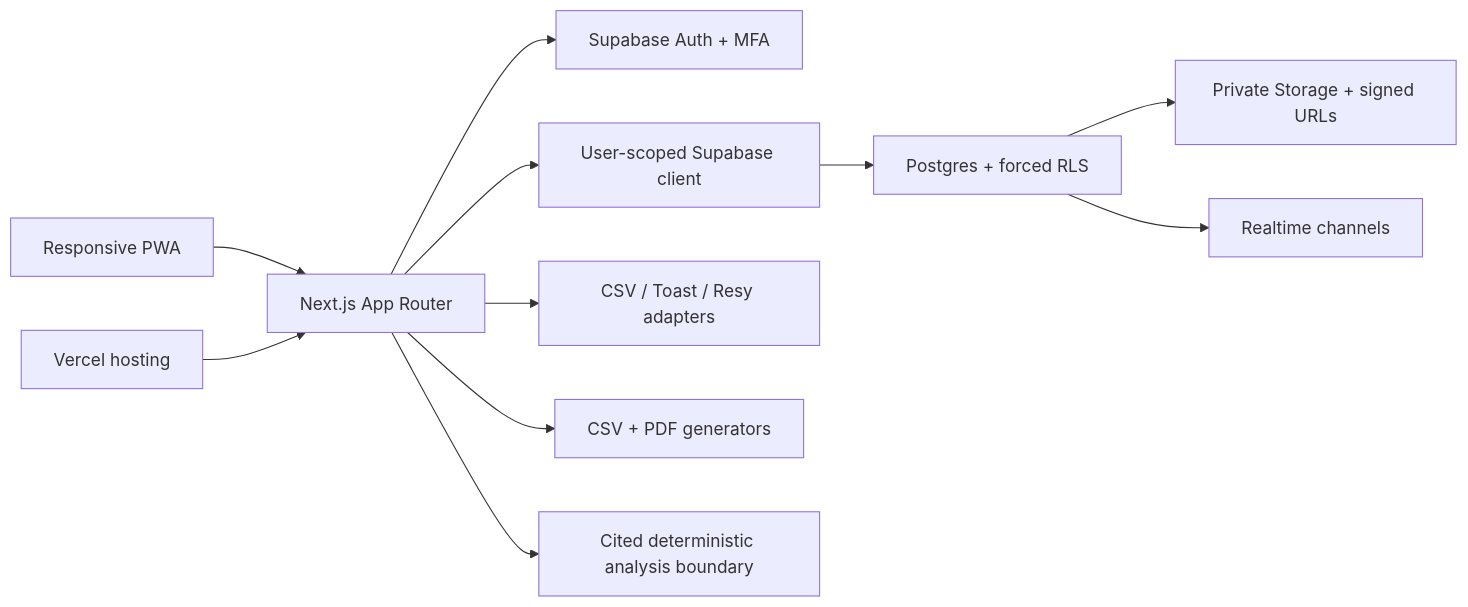
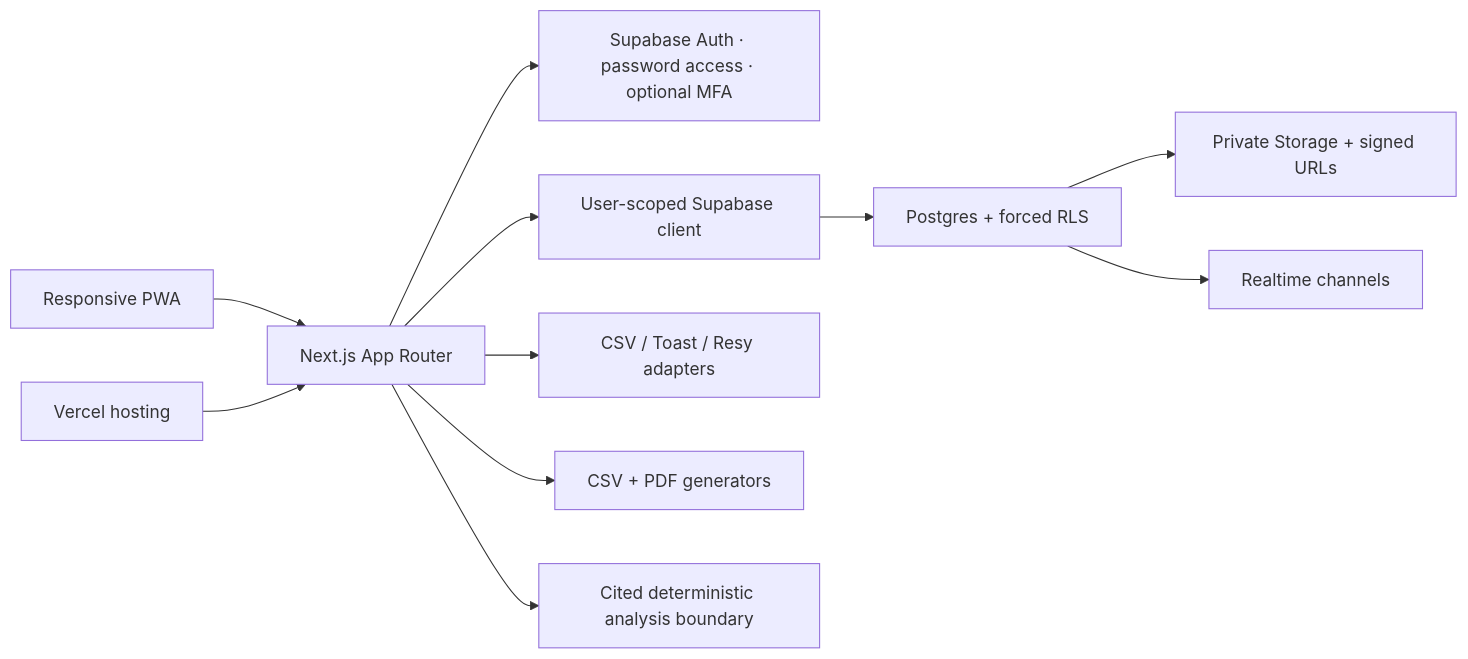
One commit to donaldlena833-cyber/le-yard-os changed the diagram in README.md. Above: the diagram before and after it, drawn with Mermaid. The commit also changed other lines of this file and 57 other files, not shown here.

````diff
--- a/README.md
+++ b/README.md
@@ -53,13 +53,13 @@
 ```mermaid
 flowchart LR
   Browser["Responsive PWA"] --> Next["Next.js App Router"]
-  Next --> Auth["Supabase Auth + MFA"]
+  Next --> Auth["Supabase Auth · password access · optional MFA"]
   Next --> Data["User-scoped Supabase client"]
   Data --> RLS["Postgres + forced RLS"]
   RLS --> Storage["Private Storage + signed URLs"]
   RLS --> Realtime["Realtime channels"]
   Next --> Adapters["CSV / Toast / Resy adapters"]
   Next --> Exports["CSV + PDF generators"]
   Next --> Guarded["Cited deterministic analysis boundary"]
   Vercel["Vercel hosting"] --> Next
 ```
````
